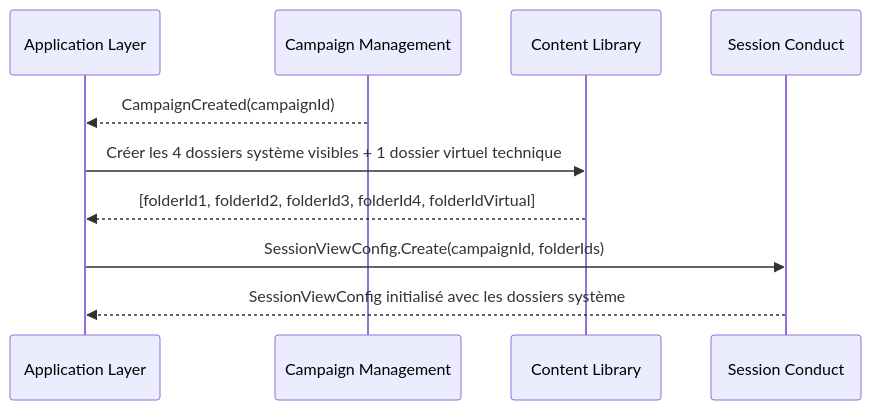
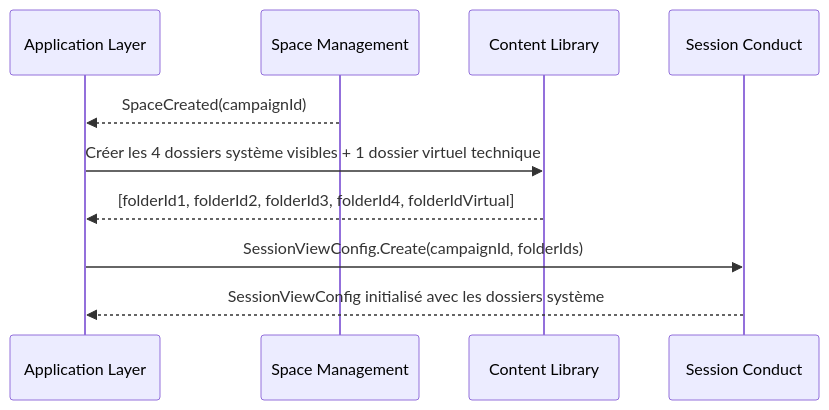
The first of 9 diagrams in docs/conception/domain/diagrams/flows/session-conduct.md (2025-10-CDA-ECO-P6/PM-micro-saas), drawn with Mermaid before and after one commit. The commit also changed other lines of this file and 84 other files, not shown here.

First line of the commit message:
docs(conception): généralisation Campaign→Space + espace personnel (ADR-018)

````diff
--- a/docs/conception/domain/diagrams/flows/session-conduct.md
+++ b/docs/conception/domain/diagrams/flows/session-conduct.md
@@ -5,13 +5,13 @@
 ```mermaid
 sequenceDiagram
     participant App as Application Layer
-    participant CM as Campaign Management
+    participant CM as Space Management
     participant CL as Content Library
     participant SC as Session Conduct
 
-    CM-->>App: CampaignCreated(campaignId)
+    CM-->>App: SpaceCreated(campaignId)
     App->>CL: Créer les 4 dossiers système visibles + 1 dossier virtuel technique
     CL-->>App: [folderId1, folderId2, folderId3, folderId4, folderIdVirtual]
     App->>SC: SessionViewConfig.Create(campaignId, folderIds)
     SC-->>App: SessionViewConfig initialisé avec les dossiers système
 ```
````
